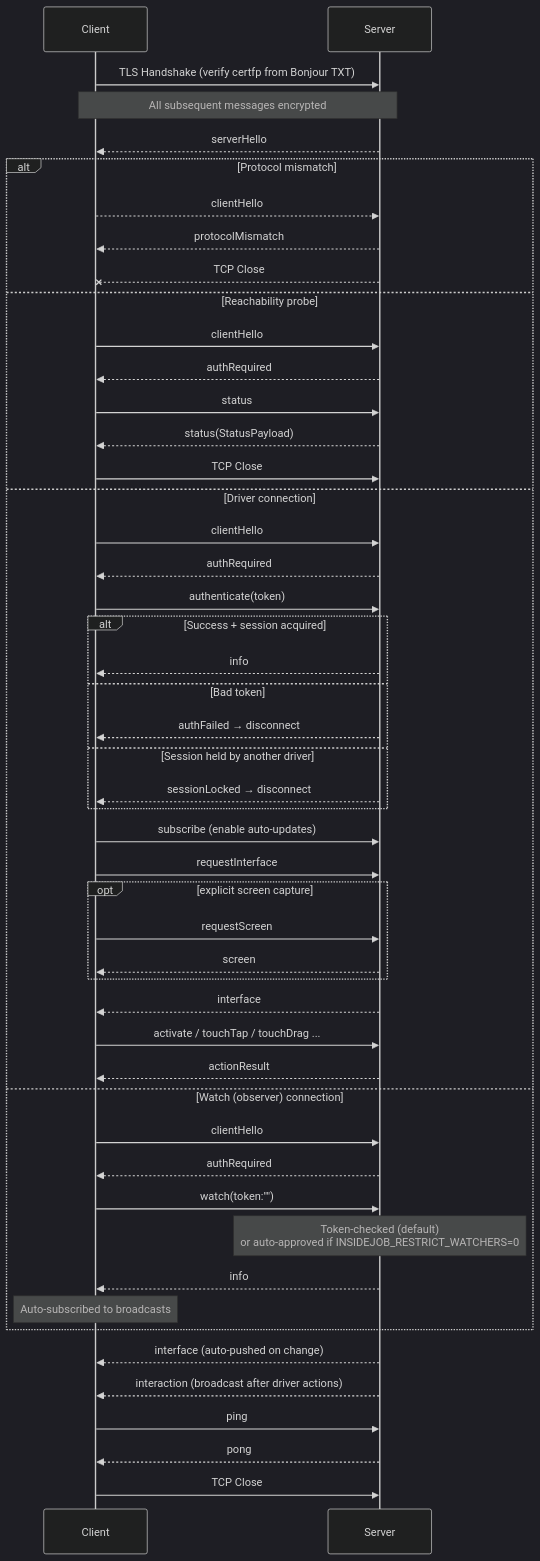
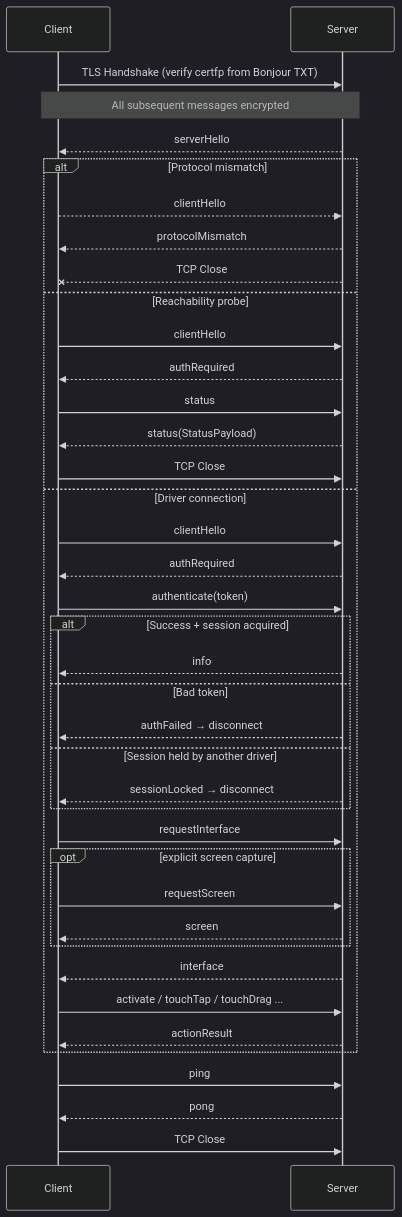
Before and after one commit to RoyalPineapple/TheButtonHeist: the first of 5 diagrams in docs/WIRE-PROTOCOL.md, drawn with Mermaid (dark theme). The commit also changed other lines of this file and 35 other files, not shown here.

````diff
--- a/docs/WIRE-PROTOCOL.md
+++ b/docs/WIRE-PROTOCOL.md
@@ -51,59 +51,48 @@
 ```mermaid
 sequenceDiagram
     participant Client
     participant Server
 
     Client->>Server: TLS Handshake (verify certfp from Bonjour TXT)
     Note over Client,Server: All subsequent messages encrypted
     Server-->>Client: serverHello
 
     alt Protocol mismatch
         Client-->>Server: clientHello
         Server-->>Client: protocolMismatch
         Server--xClient: TCP Close
     else Reachability probe
         Client->>Server: clientHello
         Server-->>Client: authRequired
         Client->>Server: status
         Server-->>Client: status(StatusPayload)
         Client->>Server: TCP Close
     else Driver connection
         Client->>Server: clientHello
         Server-->>Client: authRequired
         Client->>Server: authenticate(token)
 
         alt Success + session acquired
             Server-->>Client: info
         else Bad token
             Server-->>Client: authFailed → disconnect
         else Session held by another driver
             Server-->>Client: sessionLocked → disconnect
         end
 
-        Client->>Server: subscribe (enable auto-updates)
         Client->>Server: requestInterface
         opt explicit screen capture
             Client->>Server: requestScreen
             Server-->>Client: screen
         end
         Server-->>Client: interface
 
         Client->>Server: activate / touchTap / touchDrag ...
         Server-->>Client: actionResult
-    else Watch (observer) connection
-        Client->>Server: clientHello
-        Server-->>Client: authRequired
-        Client->>Server: watch(token:"")
-        Note over Server: Token-checked (default)<br>or auto-approved if INSIDEJOB_RESTRICT_WATCHERS=0
-        Server-->>Client: info
-        Note over Client: Auto-subscribed to broadcasts
     end
-
-    Server-->>Client: interface (auto-pushed on change)
-    Server-->>Client: interaction (broadcast after driver actions)
 
     Client->>Server: ping
     Server-->>Client: pong
 
     Client->>Server: TCP Close
 ```
````
